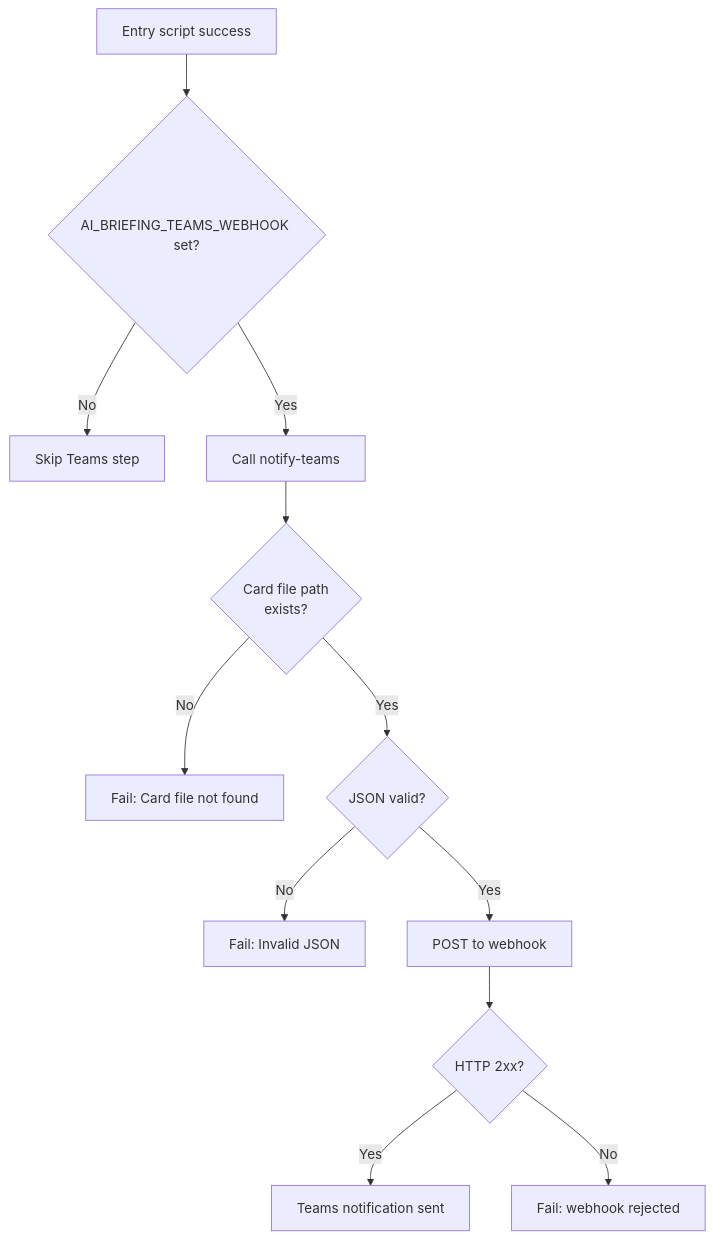
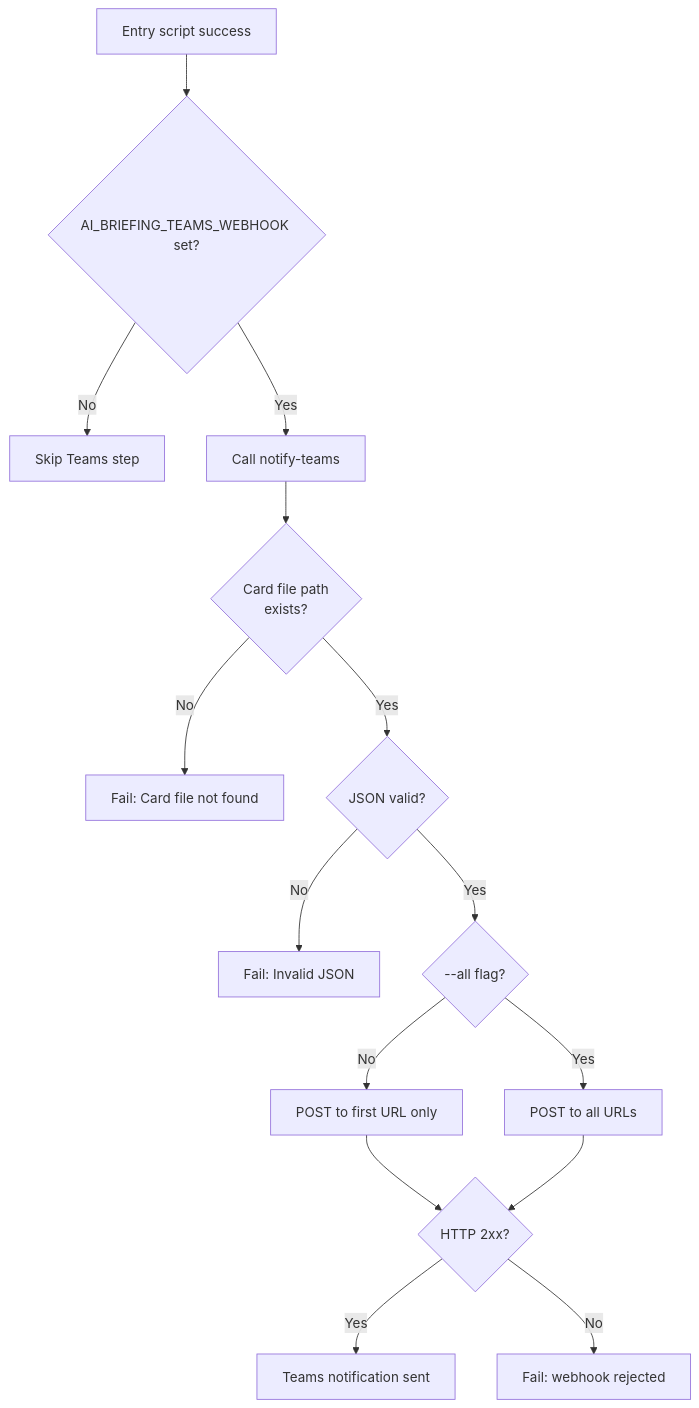
Before and after one commit to hoangsonww/ai-news-briefing: the third of 4 diagrams in E2E_FLOW.md, drawn with Mermaid. The commit also changed other lines of this file and 10 other files, not shown here.

First line of the commit message:
Enhance notification system for Teams and Slack integration

````diff
--- a/E2E_FLOW.md
+++ b/E2E_FLOW.md
@@ -166,17 +176,21 @@
 ```mermaid
 flowchart TD
     A[Entry script success] --> B{AI_BRIEFING_TEAMS_WEBHOOK set?}
     B -->|No| C[Skip Teams step]
     B -->|Yes| D[Call notify-teams]
 
     D --> E{Card file path\nexists?}
     E -->|No| F[Fail: Card file not found]
     E -->|Yes| G{JSON valid?}
 
     G -->|No| H[Fail: Invalid JSON]
-    G -->|Yes| I[POST to webhook]
+    G -->|Yes| I{--all flag?}
 
-    I --> J{HTTP 2xx?}
-    J -->|Yes| K[Teams notification sent]
-    J -->|No| L[Fail: webhook rejected]
+    I -->|No| J[POST to first URL only]
+    I -->|Yes| K[POST to all URLs]
+
+    J --> L{HTTP 2xx?}
+    K --> L
+    L -->|Yes| M[Teams notification sent]
+    L -->|No| N[Fail: webhook rejected]
 ```
````
